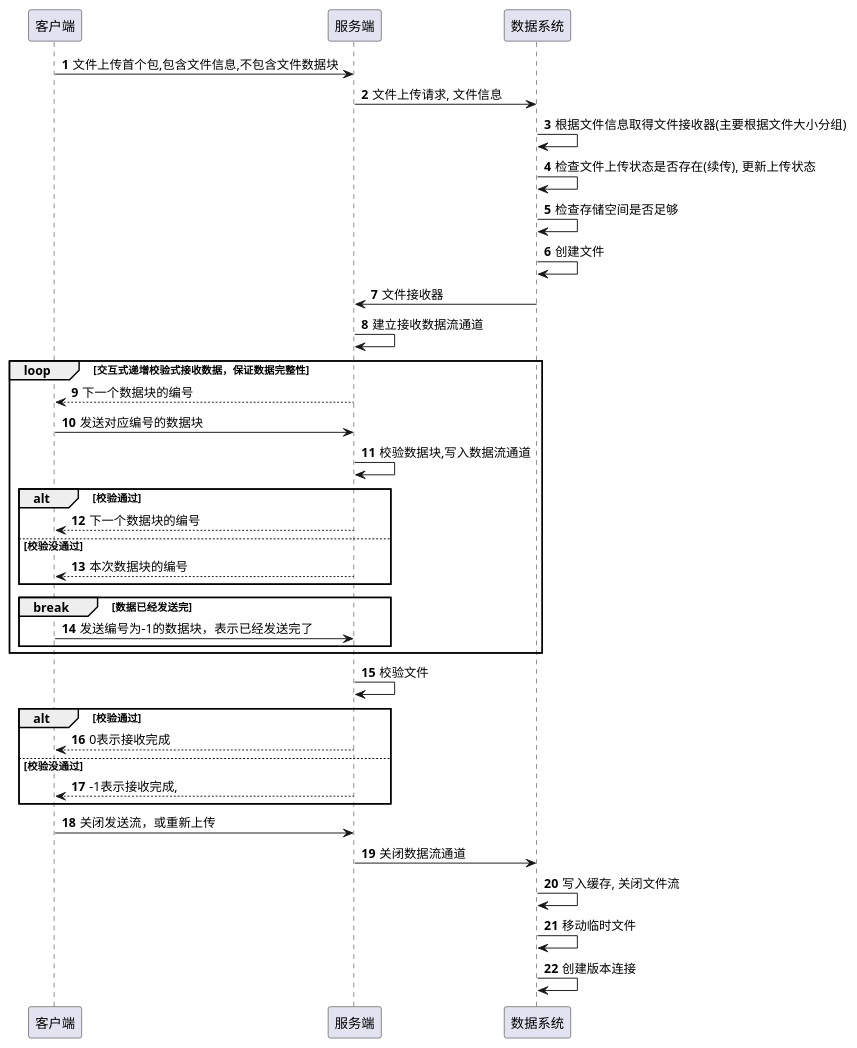
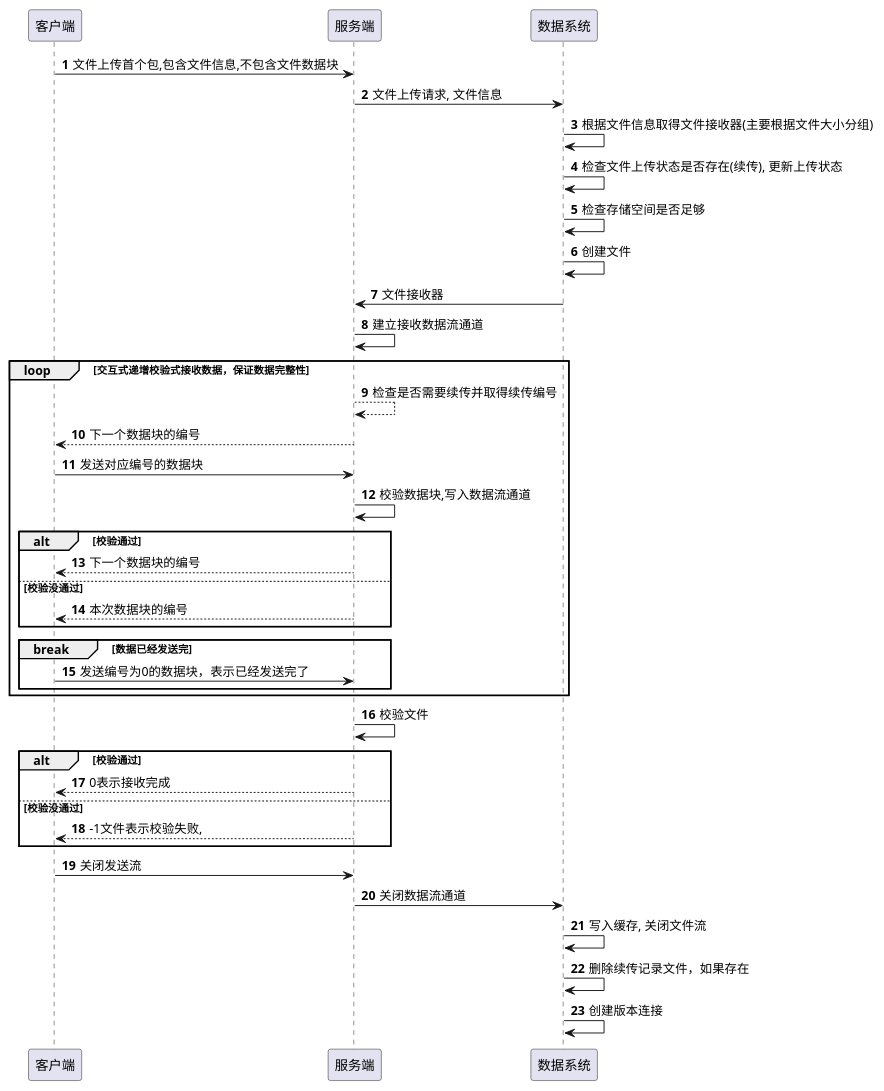
Before and after one commit to cashmerepipeline/cashmere_core: the diagram in documents/数据系统/文件上传过程.puml, drawn with PlantUML. The commit also changed 13 other files, not shown here.

```diff
--- a/documents/数据系统/文件上传过程.puml
+++ b/documents/数据系统/文件上传过程.puml
@@ -1,45 +1,46 @@
 @startuml
 'https://plantuml.com/sequence-diagram
 
 autonumber
 
 客户端 -> 服务端: 文件上传首个包,包含文件信息,不包含文件数据块
 服务端 -> 数据系统: 文件上传请求, 文件信息
 
 数据系统 -> 数据系统: 根据文件信息取得文件接收器(主要根据文件大小分组)
 数据系统 -> 数据系统: 检查文件上传状态是否存在(续传), 更新上传状态
 数据系统 -> 数据系统: 检查存储空间是否足够
 数据系统 -> 数据系统: 创建文件
 数据系统 -> 服务端: 文件接收器
 
 服务端 -> 服务端: 建立接收数据流通道
 
 loop 交互式递增校验式接收数据，保证数据完整性
+服务端 --> 服务端: 检查是否需要续传并取得续传编号
 服务端 --> 客户端: 下一个数据块的编号
 客户端 -> 服务端: 发送对应编号的数据块
 服务端 -> 服务端: 校验数据块,写入数据流通道
 alt 校验通过
 客户端 <-- 服务端: 下一个数据块的编号
 else 校验没通过
 服务端 --> 客户端: 本次数据块的编号
 end
     break 数据已经发送完
-    客户端 -> 服务端: 发送编号为-1的数据块，表示已经发送完了
+    客户端 -> 服务端: 发送编号为0的数据块，表示已经发送完了
     end
 end
 
 服务端 -> 服务端: 校验文件
 
 
 alt 校验通过
 服务端 --> 客户端:  0表示接收完成
 else 校验没通过
-服务端 --> 客户端:  -1表示接收完成,
+服务端 --> 客户端:  -1文件表示校验失败,
 end
 
-客户端 -> 服务端: 关闭发送流，或重新上传
+客户端 -> 服务端: 关闭发送流
 服务端 -> 数据系统: 关闭数据流通道
 数据系统-> 数据系统: 写入缓存, 关闭文件流
-数据系统 -> 数据系统: 移动临时文件
+数据系统 -> 数据系统: 删除续传记录文件，如果存在
 数据系统 -> 数据系统: 创建版本连接
 @enduml
```
